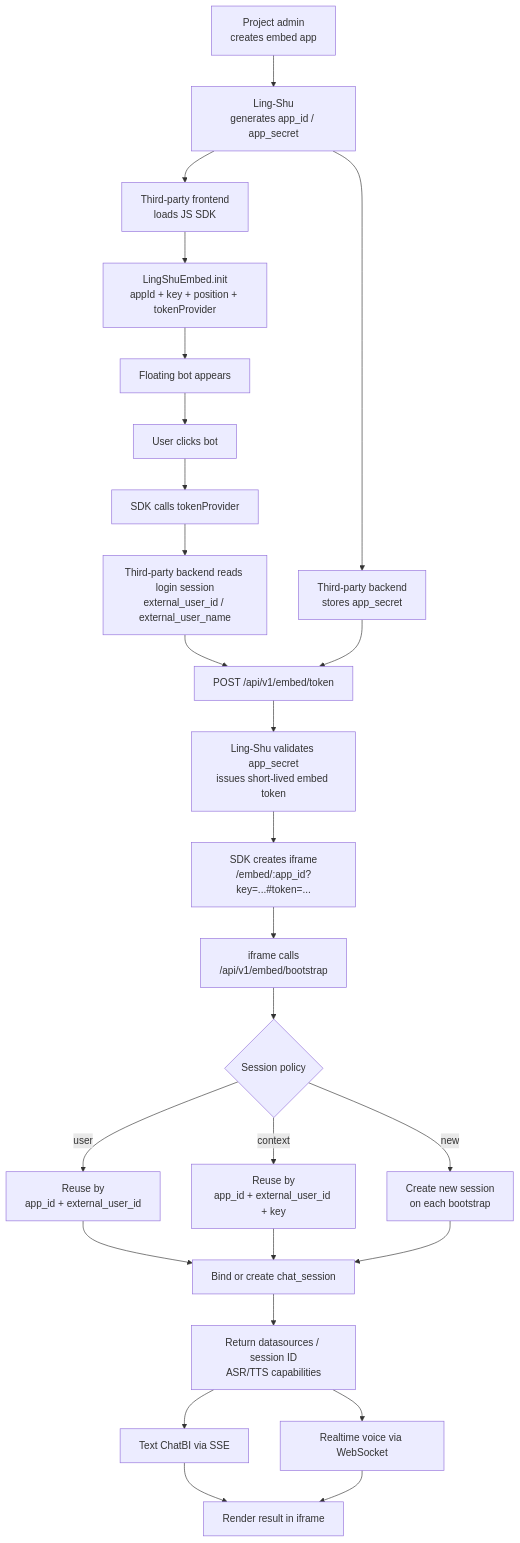
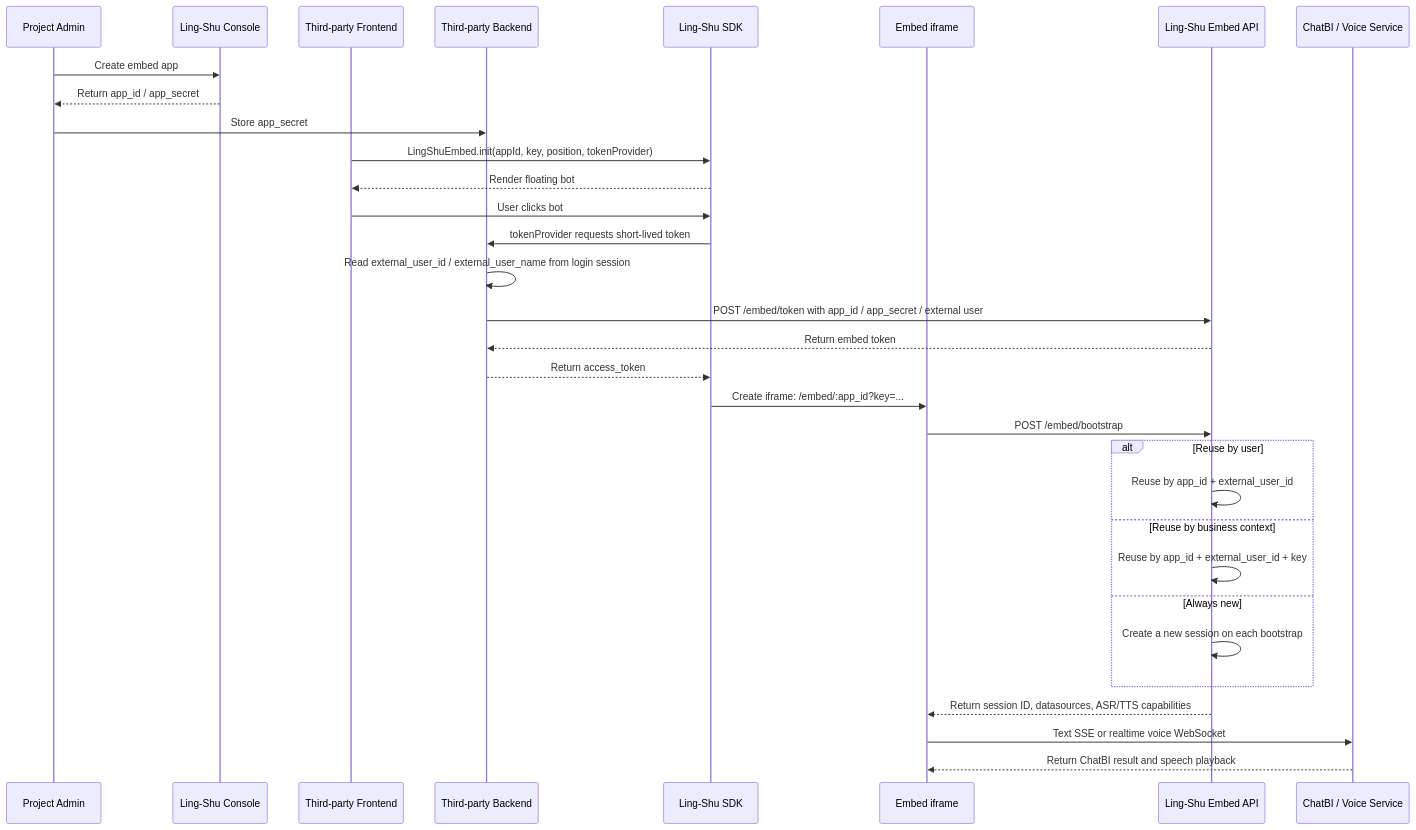
Before and after one commit to fanxiangqing/ling-shu: the second of 3 diagrams in README.md, drawn with Mermaid. The commit also changed 1 other file, not shown here.

Commit message:
docs: refine embed flow diagram

````diff
--- a/README.md
+++ b/README.md
@@ -197,28 +195,35 @@
 ```mermaid
-flowchart TD
-    A["Project admin<br/>creates embed app"] --> B["Ling-Shu<br/>generates app_id / app_secret"]
-    B --> C["Third-party backend<br/>stores app_secret"]
-    B --> D["Third-party frontend<br/>loads JS SDK"]
-    D --> E["LingShuEmbed.init<br/>appId + key + position + tokenProvider"]
-    E --> F["Floating bot appears"]
-    F --> G["User clicks bot"]
-    G --> H["SDK calls tokenProvider"]
-    H --> I["Third-party backend reads login session<br/>external_user_id / external_user_name"]
-    I --> J["POST /api/v1/embed/token"]
-    C --> J
-    J --> K["Ling-Shu validates app_secret<br/>issues short-lived embed token"]
-    K --> L["SDK creates iframe<br/>/embed/:app_id?key=...#token=..."]
-    L --> M["iframe calls<br/>/api/v1/embed/bootstrap"]
-    M --> N{"Session policy"}
-    N -->|user| O["Reuse by<br/>app_id + external_user_id"]
-    N -->|context| P["Reuse by<br/>app_id + external_user_id + key"]
-    N -->|new| Q["Create new session<br/>on each bootstrap"]
-    O --> R["Bind or create chat_session"]
-    P --> R
-    Q --> R
-    R --> S["Return datasources / session ID<br/>ASR/TTS capabilities"]
-    S --> T["Text ChatBI via SSE"]
-    S --> U["Realtime voice via WebSocket"]
-    T --> V["Render result in iframe"]
-    U --> V
+sequenceDiagram
+  participant Admin as Project Admin
+  participant Console as Ling-Shu Console
+  participant ThirdFE as Third-party Frontend
+  participant ThirdBE as Third-party Backend
+  participant SDK as Ling-Shu SDK
+  participant Embed as Embed iframe
+  participant API as Ling-Shu Embed API
+  participant Chat as ChatBI / Voice Service
+
+  Admin->>Console: Create embed app
+  Console-->>Admin: Return app_id / app_secret
+  Admin->>ThirdBE: Store app_secret
+  ThirdFE->>SDK: LingShuEmbed.init(appId, key, position, tokenProvider)
+  SDK-->>ThirdFE: Render floating bot
+  ThirdFE->>SDK: User clicks bot
+  SDK->>ThirdBE: tokenProvider requests short-lived token
+  ThirdBE->>ThirdBE: Read external_user_id / external_user_name from login session
+  ThirdBE->>API: POST /embed/token with app_id / app_secret / external user
+  API-->>ThirdBE: Return embed token
+  ThirdBE-->>SDK: Return access_token
+  SDK->>Embed: Create iframe: /embed/:app_id?key=...#token=...
+  Embed->>API: POST /embed/bootstrap
+  alt Reuse by user
+    API->>API: Reuse by app_id + external_user_id
+  else Reuse by business context
+    API->>API: Reuse by app_id + external_user_id + key
+  else Always new
+    API->>API: Create a new session on each bootstrap
+  end
+  API-->>Embed: Return session ID, datasources, ASR/TTS capabilities
+  Embed->>Chat: Text SSE or realtime voice WebSocket
+  Chat-->>Embed: Return ChatBI result and speech playback
 ```
````
